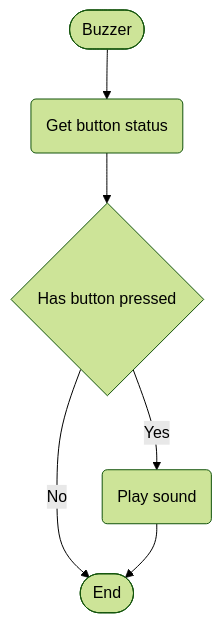
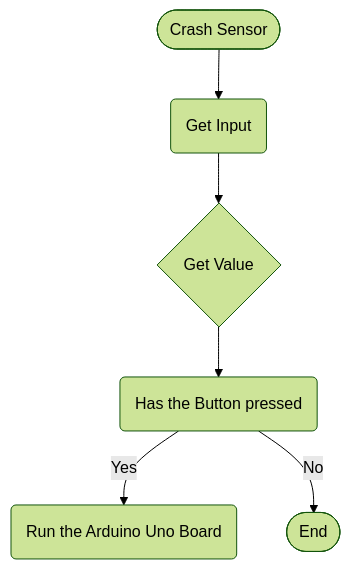
The first of 2 diagrams in logic.md (Glovania/Solar-Panel-SmartDevice), drawn with Mermaid (forest theme) before and after one commit. The commit also changed other lines of this file, not shown here.

````diff
--- a/logic.md
+++ b/logic.md
@@ -10,13 +5,13 @@
 ```mermaid
 flowchart TD
-    Start([Buzzer])
-    getButtonStatus(Get button status)
-    checkButton{Has button pressed}
-    soundBuzzer(Play sound)
+    Start([Crash Sensor])
+    InputTheButton(Get Input)
+    DetermineCrashSensorValue{Get Value}
+    PressedTheButton(Has the Button pressed)
+    Activate(Run the Arduino Uno Board)
     finish([End])
 
-    Start --> getButtonStatus --> checkButton
-    checkButton --> |Yes| soundBuzzer
-    checkButton --> |No| finish
-    soundBuzzer --> finish
-```
+    Start --> InputTheButton --> DetermineCrashSensorValue --> PressedTheButton
+    PressedTheButton --> |Yes| Activate
+    PressedTheButton --> |No| finish
+``` 
````
